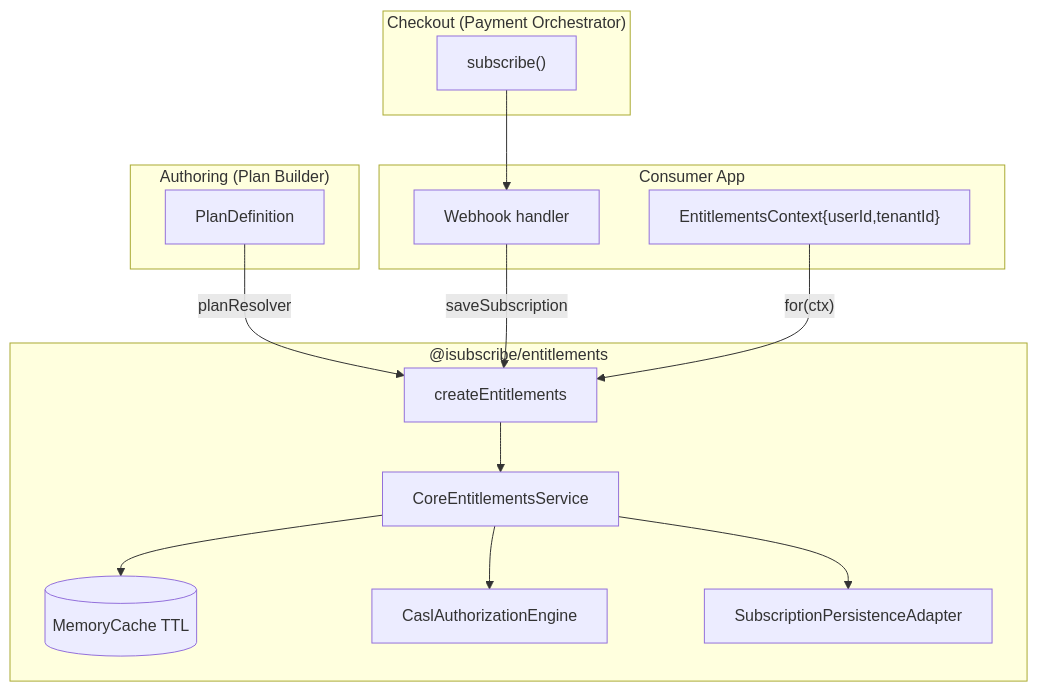
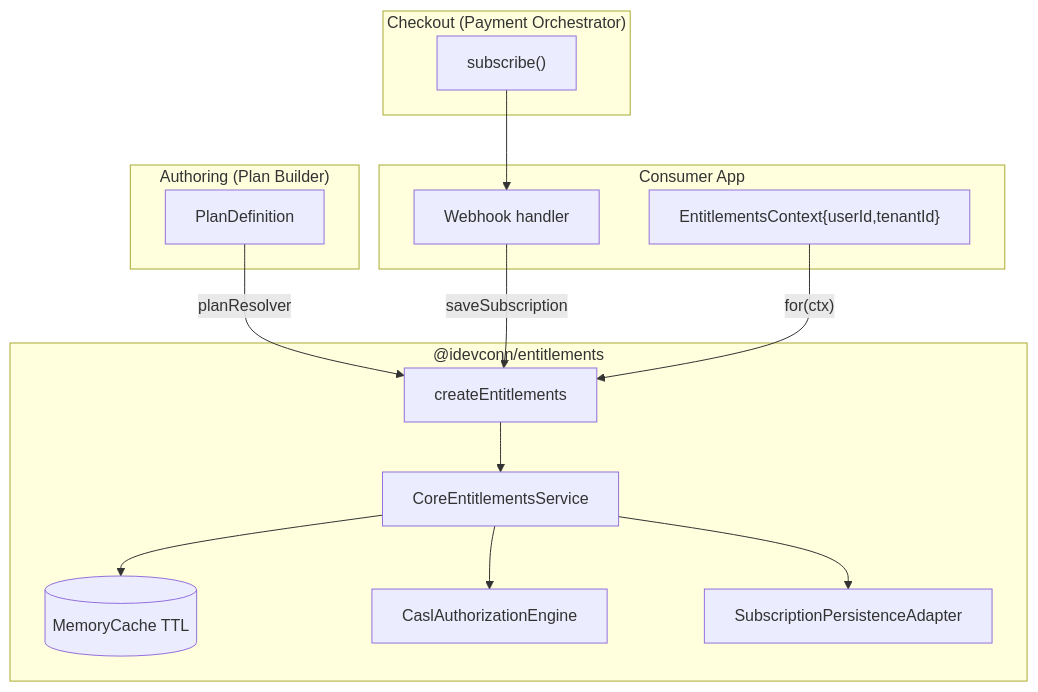
One commit to iDEVconn/isubscribe-entitlements changed the first of 2 diagrams in ARCHITECTURE.md. Above: the diagram before and after it, drawn with Mermaid. The commit also changed other lines of this file and 27 other files, not shown here.

````diff
--- a/ARCHITECTURE.md
+++ b/ARCHITECTURE.md
@@ -9,29 +9,29 @@
 ```mermaid
 flowchart TD
     subgraph Plan["Authoring (Plan Builder)"]
       PD[PlanDefinition]
     end
     subgraph Pay["Checkout (Payment Orchestrator)"]
       PO["subscribe()"]
     end
     subgraph App["Consumer App"]
       WB[Webhook handler]
       Ctx["EntitlementsContext{userId,tenantId}"]
     end
-    subgraph Pkg["@isubscribe/entitlements"]
+    subgraph Pkg["@idevconn/entitlements"]
       F[createEntitlements]
       S[CoreEntitlementsService]
       Cache[(MemoryCache TTL)]
       A[CaslAuthorizationEngine]
       I[SubscriptionPersistenceAdapter]
     end
 
     PD -->|planResolver| F
     PO --> WB
     WB -->|saveSubscription| F
     Ctx -->|"for(ctx)"| F
     F --> S
     S --> Cache
     S --> A
     S --> I
 ```
````
